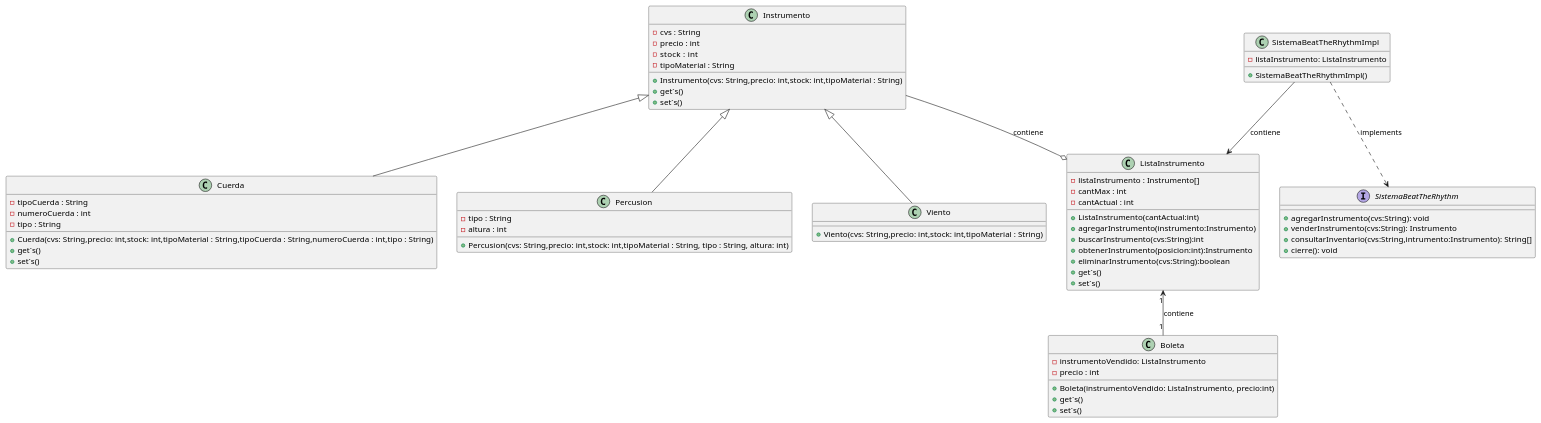
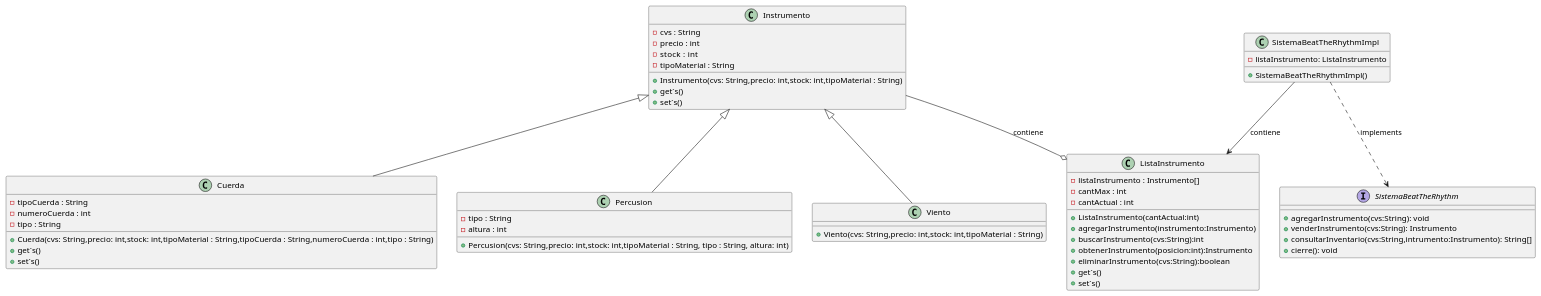
The diagram in Taller03/src/DiagramaDeClase.puml (MauricioAchc/Taller03), drawn with PlantUML before and after one commit. The commit also changed 12 other files, not shown here.

```diff
--- a/Taller03/src/DiagramaDeClase.puml
+++ b/Taller03/src/DiagramaDeClase.puml
@@ -1,76 +1,65 @@
 @startuml
 'https://plantuml.com/sequence-diagram
 class Instrumento{
 -cvs : String
 -precio : int
 -stock  : int
 -tipoMaterial : String
 +Instrumento(cvs: String,precio: int,stock: int,tipoMaterial : String)
 +get´s()
 +set´s()
 }
 
 class Cuerda{
 -tipoCuerda : String
 -numeroCuerda : int
 -tipo : String
 +Cuerda(cvs: String,precio: int,stock: int,tipoMaterial : String,tipoCuerda : String,numeroCuerda : int,tipo : String)
 +get´s()
 +set´s()
 }
 
 class Percusion{
 -tipo : String
 -altura : int
 +Percusion(cvs: String,precio: int,stock: int,tipoMaterial : String, tipo : String, altura: int)
 }
 
 class Viento{
 +Viento(cvs: String,precio: int,stock: int,tipoMaterial : String)
 }
 
-class Boleta{
--instrumentoVendido: ListaInstrumento
--precio : int
-+ Boleta(instrumentoVendido: ListaInstrumento, precio:int)
-+get´s()
-+set´s()
-}
-
 class ListaInstrumento{
 -listaInstrumento : Instrumento[]
 -cantMax : int
 -cantActual : int
 +ListaInstrumento(cantActual:int)
 +agregarInstrumento(instrumento:Instrumento)
 +buscarInstrumento(cvs:String):int
 +obtenerInstrumento(posicion:int):Instrumento
 +eliminarInstrumento(cvs:String):boolean
 +get´s()
 +set´s()
 }
 
 interface SistemaBeatTheRhythm{
 +agregarInstrumento(cvs:String): void
 +venderInstrumento(cvs:String): Instrumento
 +consultarInventario(cvs:String,intrumento:Instrumento): String[]
 +cierre(): void
 }
 
 class SistemaBeatTheRhythmImpl{
 -listaInstrumento: ListaInstrumento
 +SistemaBeatTheRhythmImpl()
 }
 
 
-
-
 Instrumento  <|-- Cuerda
 Instrumento <|-- Percusion
 Instrumento <|-- Viento
 Instrumento --o ListaInstrumento : contiene
-ListaInstrumento "1" <-- "1" Boleta : contiene
 
 SistemaBeatTheRhythmImpl ..> SistemaBeatTheRhythm: implements
 SistemaBeatTheRhythmImpl --> ListaInstrumento: contiene
 @enduml
```
